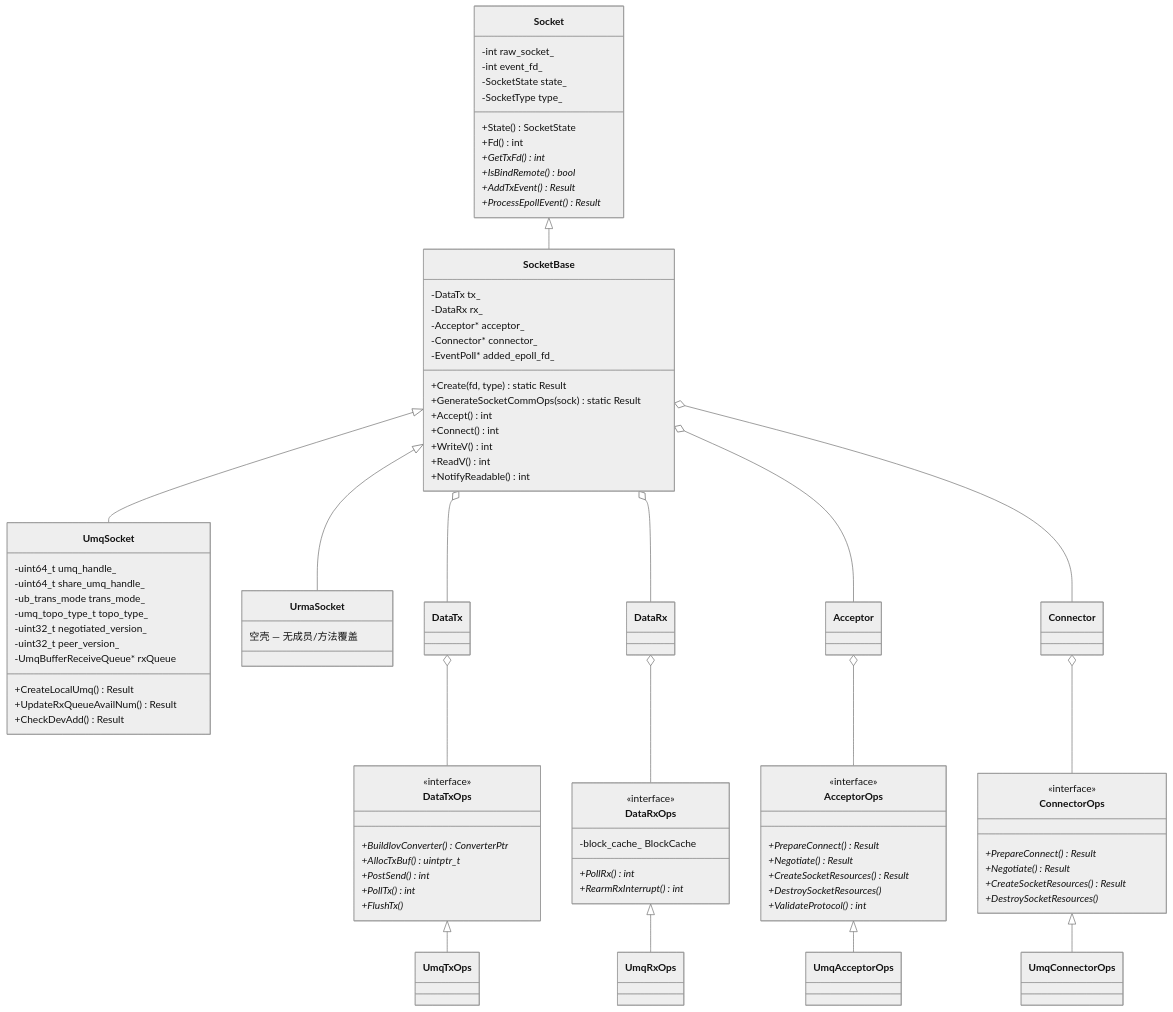
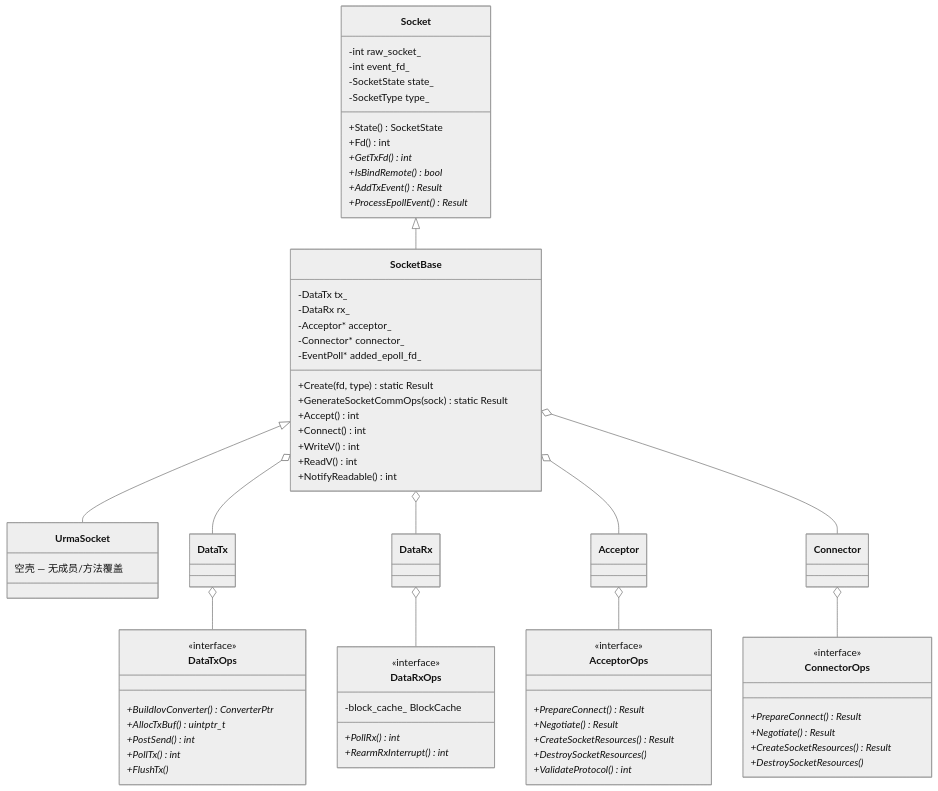
Before and after one commit to openeuler-mirror/ubs-comm: the second of 17 diagrams in doc/ubsocket/UBSOCKET-ARCHITECTURE.ch.md, drawn with Mermaid (neutral theme). The commit also changed other lines of this file and 13 other files, not shown here.

```diff
--- a/doc/ubsocket/UBSOCKET-ARCHITECTURE.ch.md
+++ b/doc/ubsocket/UBSOCKET-ARCHITECTURE.ch.md
@@ -153,19 +146,6 @@
         +NotifyReadable() int
     }
 
-    class UmqSocket {
-        -uint64_t umq_handle_
-        -uint64_t share_umq_handle_
-        -ub_trans_mode trans_mode_
-        -umq_topo_type_t topo_type_
-        -uint32_t negotiated_version_
-        -uint32_t peer_version_
-        -UmqBufferReceiveQueue* rxQueue
-        +CreateLocalUmq() Result
-        +UpdateRxQueueAvailNum() Result
-        +CheckDevAdd() Result
-    }
-
     class UrmaSocket {
         空壳 — 无成员/方法覆盖
     }
@@ -178,14 +158,12 @@
         +PollTx()* int
         +FlushTx()*
     }
-    class UmqTxOps { }
     class DataRxOps {
         <<interface>>
         +PollRx()* int
         +RearmRxInterrupt()* int
         -block_cache_ BlockCache
     }
-    class UmqRxOps { }
     class ConnectorOps {
         <<interface>>
         +PrepareConnect()* Result
@@ -193,7 +171,6 @@
         +CreateSocketResources()* Result
         +DestroySocketResources()*
     }
-    class UmqConnectorOps { }
     class AcceptorOps {
         <<interface>>
         +PrepareConnect()* Result
@@ -202,15 +179,9 @@
         +DestroySocketResources()*
         +ValidateProtocol()* int
     }
-    class UmqAcceptorOps { }
 
     Socket <|-- SocketBase
-    SocketBase <|-- UmqSocket
     SocketBase <|-- UrmaSocket
-    DataTxOps <|-- UmqTxOps
-    DataRxOps <|-- UmqRxOps
-    ConnectorOps <|-- UmqConnectorOps
-    AcceptorOps <|-- UmqAcceptorOps
     SocketBase o-- DataTx
     SocketBase o-- DataRx
     SocketBase o-- Acceptor
```
